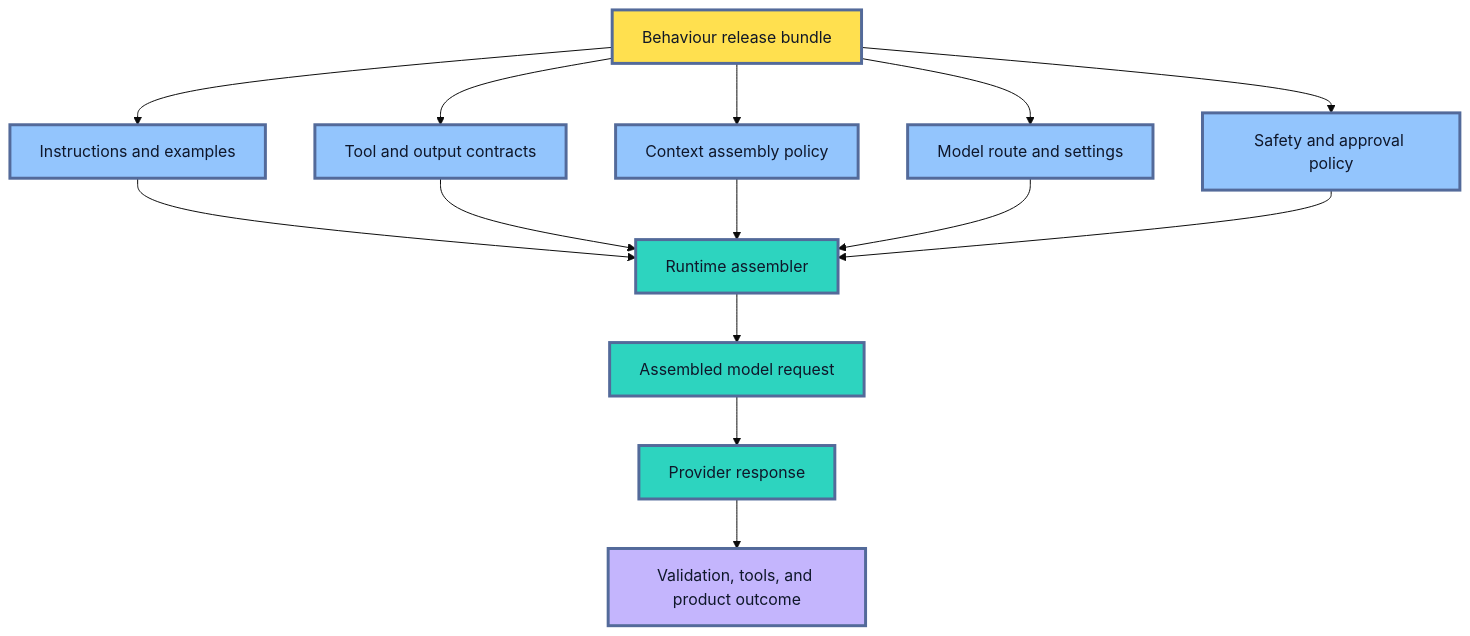
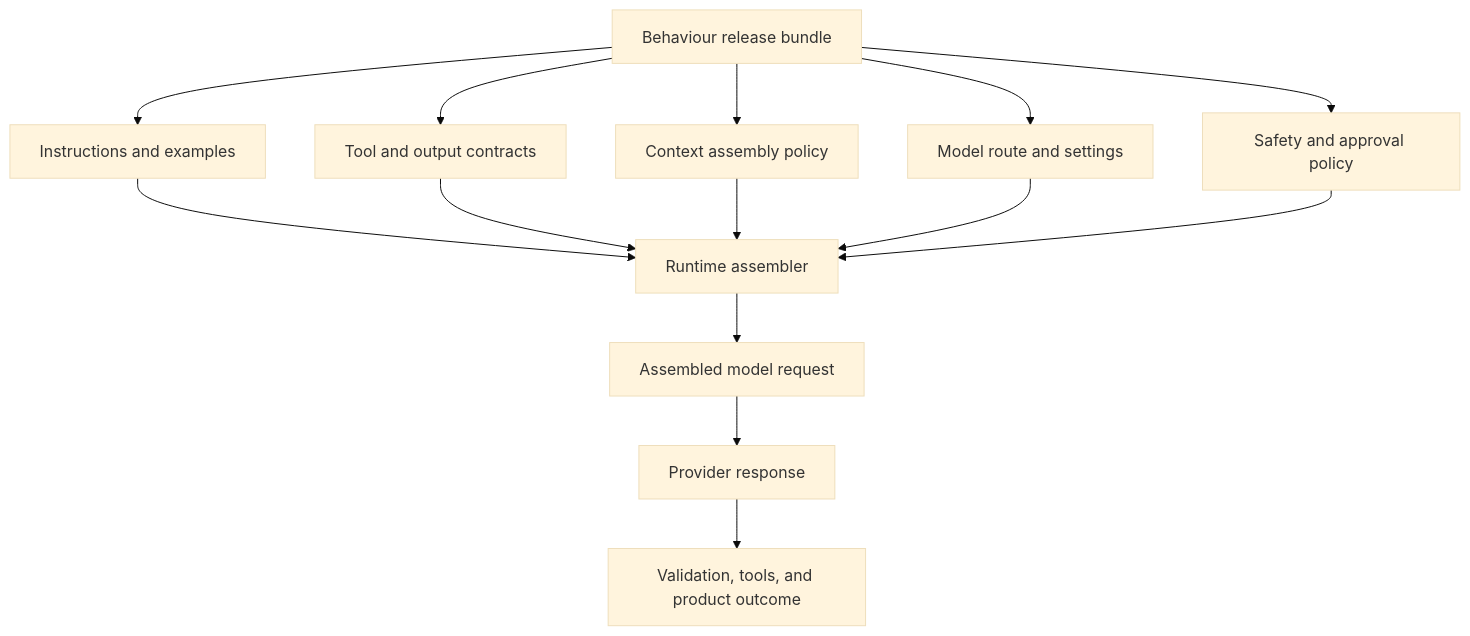
The second of 6 diagrams in roadmaps/mlops/modules/llmops/llm-app-foundations/04-prompt-versioning-and-release.md (senlinyy/dev-roadmaps), drawn with Mermaid (base theme) before and after one commit. The commit also changed other lines of this file and 152 other files, not shown here.

Commit message:
feat: mlops and diagrams updated

````diff
--- a/roadmaps/mlops/modules/llmops/llm-app-foundations/04-prompt-versioning-and-release.md
+++ b/roadmaps/mlops/modules/llmops/llm-app-foundations/04-prompt-versioning-and-release.md
@@ -136,25 +131,21 @@
 ```mermaid
 flowchart TD
     A["Behaviour release bundle"] --> B["Instructions and examples"]
     A --> C["Tool and output contracts"]
     A --> D["Context assembly policy"]
     A --> E["Model route and settings"]
     A --> F["Safety and approval policy"]
     B --> G["Runtime assembler"]
     C --> G
     D --> G
     E --> G
     F --> G
     G --> H["Assembled model request"]
     H --> I["Provider response"]
     I --> J["Validation, tools, and product outcome"]
 
-    classDef bundle fill:#FFE04F,stroke:#536A9A,stroke-width:3px,color:#111827
-    classDef component fill:#93C5FD,stroke:#536A9A,stroke-width:3px,color:#0F172A
-    classDef runtime fill:#2DD4BF,stroke:#536A9A,stroke-width:3px,color:#0F172A
-    classDef outcome fill:#C4B5FD,stroke:#536A9A,stroke-width:3px,color:#0F172A
     class A bundle
     class B,C,D,E,F component
     class G,H,I runtime
     class J outcome
 ```
````
